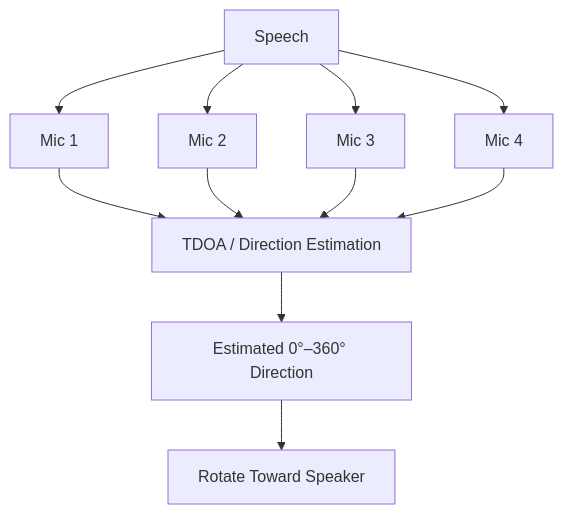
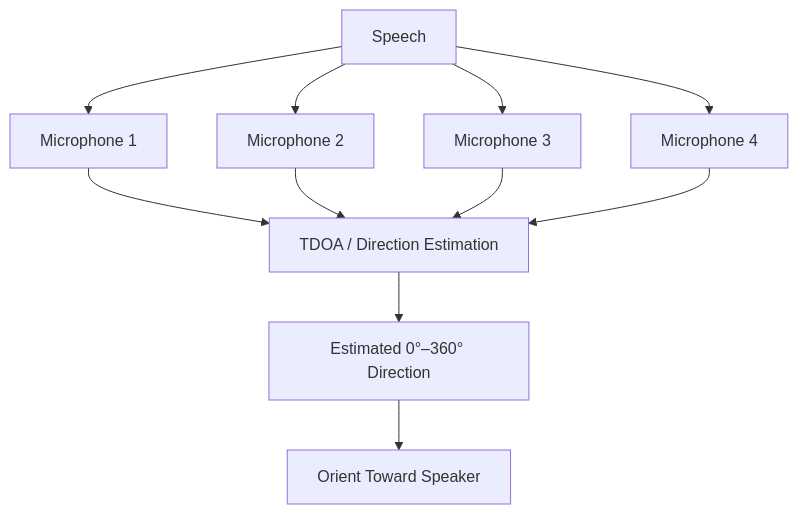
One commit to tahakubilay/Aura changed the second of 2 diagrams in README.md. Above: the diagram before and after it, drawn with Mermaid. The commit also changed other lines of this file, not shown here.

````diff
--- a/README.md
+++ b/README.md
@@ -120,13 +58,13 @@
 ```mermaid
 flowchart TD
-    S[Speech] --> M1[Mic 1]
-    S --> M2[Mic 2]
-    S --> M3[Mic 3]
-    S --> M4[Mic 4]
+    S[Speech] --> M1[Microphone 1]
+    S --> M2[Microphone 2]
+    S --> M3[Microphone 3]
+    S --> M4[Microphone 4]
     M1 --> T[TDOA / Direction Estimation]
     M2 --> T
     M3 --> T
     M4 --> T
     T --> A[Estimated 0°–360° Direction]
-    A --> R[Rotate Toward Speaker]
+    A --> R[Orient Toward Speaker]
 ```
````
